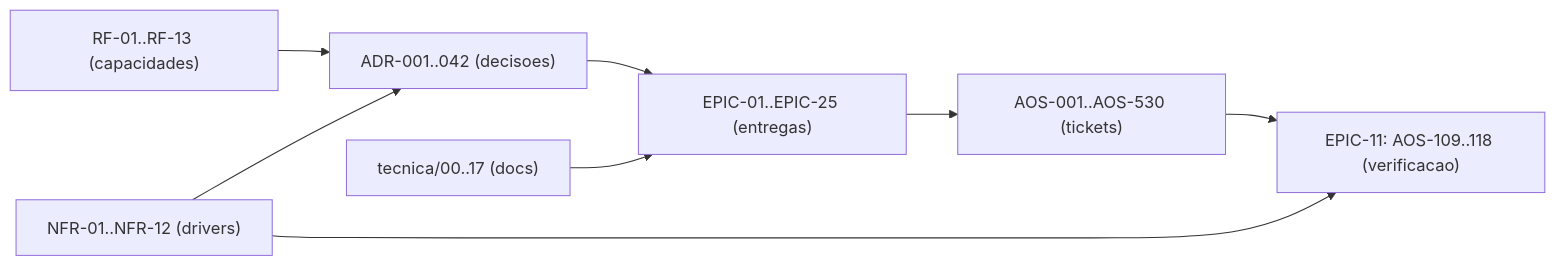
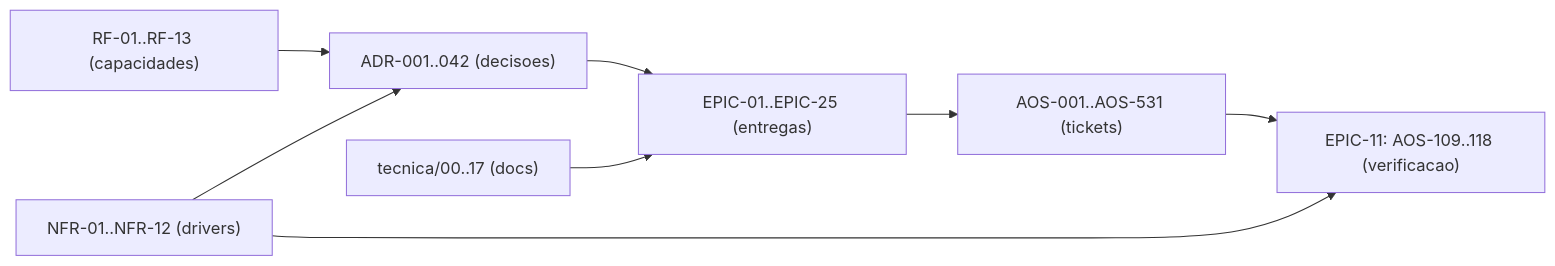
One commit to albinoJimy/aos changed the diagram in tecnica/16_Rastreabilidade_RTM.md. Above: the diagram before and after it, drawn with Mermaid. The commit also changed other lines of this file and 5 other files, not shown here.

````diff
--- a/tecnica/16_Rastreabilidade_RTM.md
+++ b/tecnica/16_Rastreabilidade_RTM.md
@@ -211,10 +211,10 @@
 ```mermaid
 flowchart LR
     RF["RF-01..RF-13 (capacidades)"] --> ADR["ADR-001..042 (decisoes)"]
     NFR["NFR-01..NFR-12 (drivers)"] --> ADR
     ADR --> EPIC["EPIC-01..EPIC-25 (entregas)"]
-    EPIC --> TICK["AOS-001..AOS-530 (tickets)"]
+    EPIC --> TICK["AOS-001..AOS-531 (tickets)"]
     DOC["tecnica/00..17 (docs)"] --> EPIC
     TICK --> TEST["EPIC-11: AOS-109..118 (verificacao)"]
     NFR --> TEST
 ```
````
